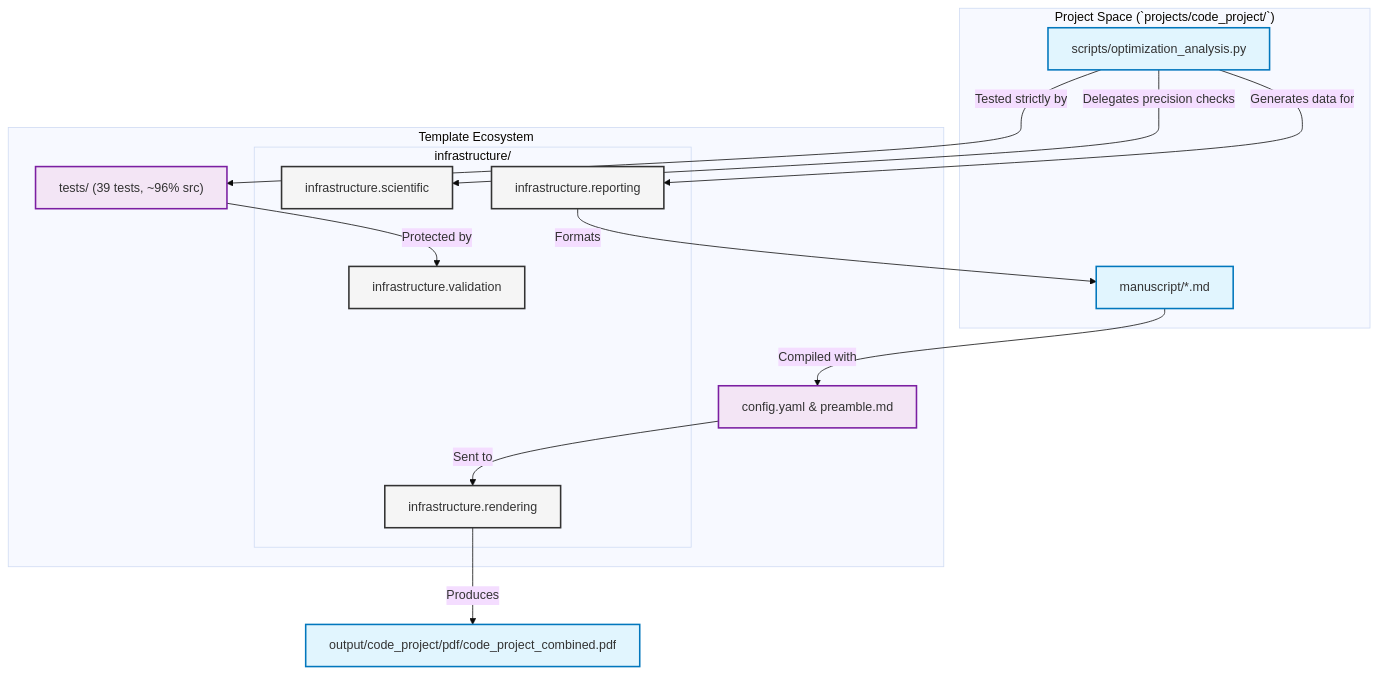
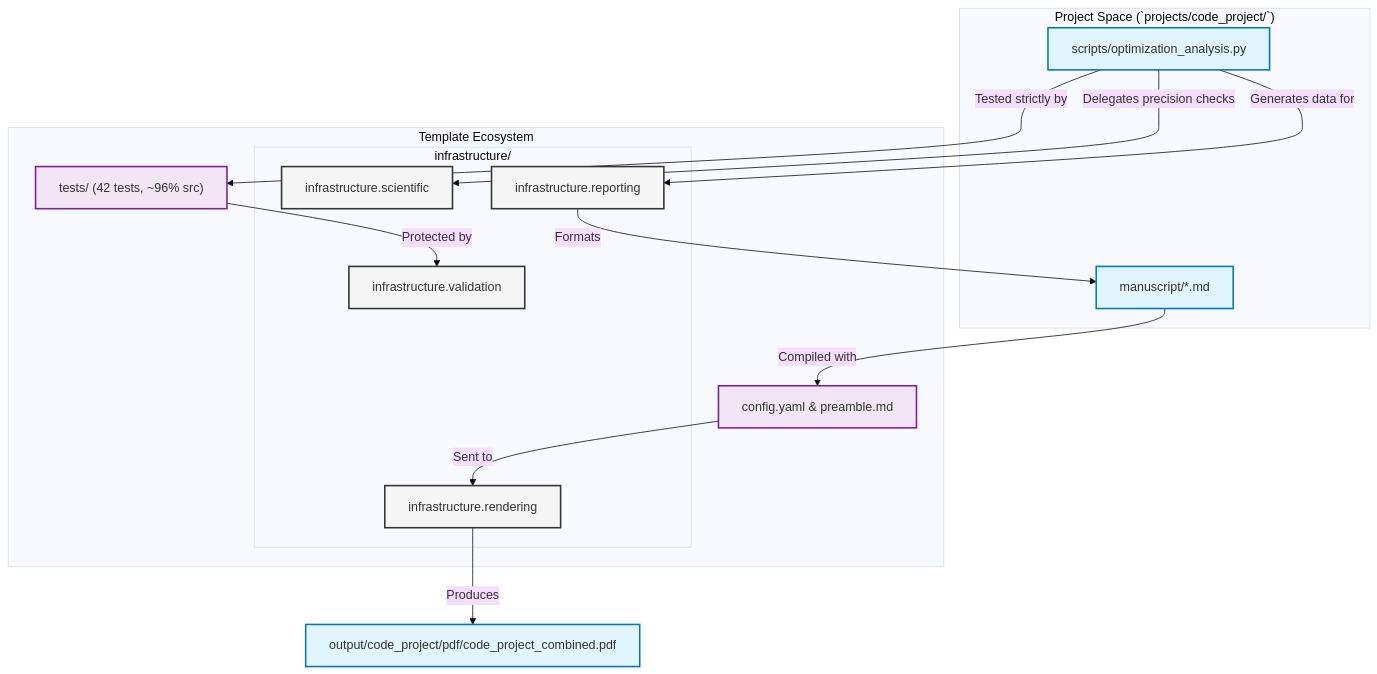
Before and after one commit to docxology/template: the diagram in projects/code_project/output/manuscript/README.md, drawn with Mermaid (base theme). The commit also changed 596 other files, not shown here.

````diff
--- a/projects/code_project/output/manuscript/README.md
+++ b/projects/code_project/output/manuscript/README.md
@@ -29,32 +29,32 @@
 ```mermaid
 graph TD
     classDef infra fill:#f5f5f5,stroke:#333,stroke-width:2px;
     classDef project fill:#e1f5fe,stroke:#0277bd,stroke-width:2px;
     classDef docs fill:#f3e5f5,stroke:#7b1fa2,stroke-width:2px;
 
     subgraph "Project Space (`projects/code_project/`)"
         Script["scripts/optimization_analysis.py"]:::project
         Manuscript["manuscript/*.md"]:::project
     end
 
     subgraph "Template Ecosystem"
-        Tests["tests/ (39 tests, ~96% src)"]:::docs
+        Tests["tests/ (42 tests, ~96% src)"]:::docs
         Config["config.yaml & preamble.md"]:::docs
         
         subgraph "`infrastructure/`"
             Validation["infrastructure.validation"]:::infra
             Scientific["infrastructure.scientific"]:::infra
             Reporting["infrastructure.reporting"]:::infra
             Rendering["infrastructure.rendering"]:::infra
         end
     end
 
     Script -->|Delegates precision checks| Scientific
     Script -->|Tested strictly by| Tests
     Tests -->|Protected by| Validation
     Script -->|Generates data for| Reporting
     Reporting -->|Formats| Manuscript
     Manuscript -->|Compiled with| Config
     Config -->|Sent to| Rendering
     Rendering -->|Produces| PDF["output/code_project/pdf/code_project_combined.pdf"]:::project
 ```
````
